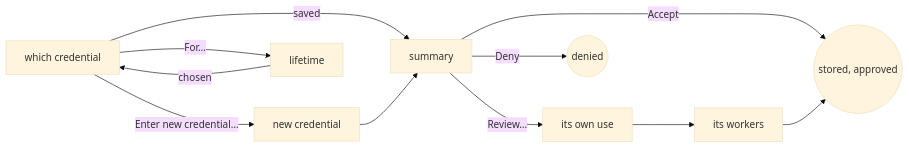
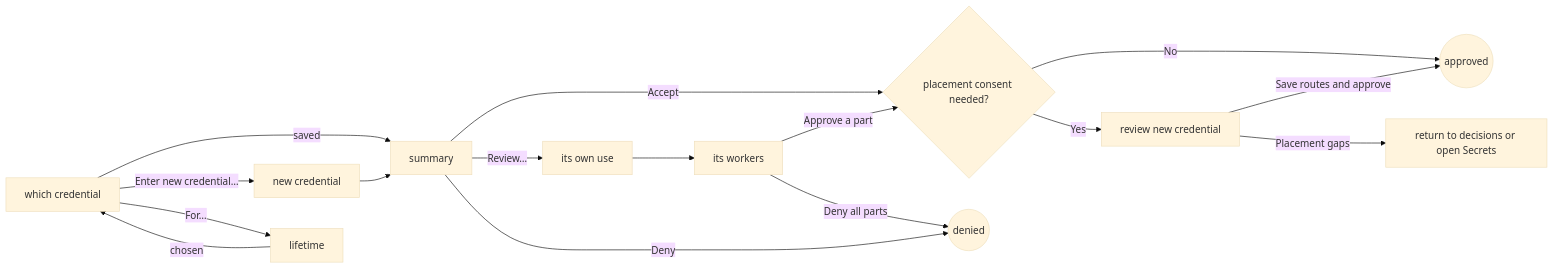
Before and after one commit to discobox-ai/discobox: the fourth of 4 diagrams in cli/internal/tui/DESIGN.md, drawn with Mermaid (base theme). The commit also changed other lines of this file and 2 other files, not shown here.

Commit message:
feat(console): save reviewed credential placements

````diff
--- a/cli/internal/tui/DESIGN.md
+++ b/cli/internal/tui/DESIGN.md
@@ -581,9 +581,14 @@
 ```mermaid
 flowchart LR
   C[which credential] -->|saved| S[summary]
   C -->|Enter new credential…| N[new credential] --> S
   C -->|For…| T[lifetime] -->|chosen| C
-  S -->|Accept| A((stored, approved))
-  S -->|Review…| U[its own use] --> W[its workers] --> A
+  S -->|Accept| D{placement consent needed?}
+  S -->|Review…| U[its own use] --> W[its workers] -->|Approve a part| D
   S -->|Deny| X((denied))
+  W -->|Deny all parts| X
+  D -->|No| A((approved))
+  D -->|Yes| P[review new credential]
+  P -->|Save routes and approve| A
+  P -->|Placement gaps| F[return to decisions or open Secrets]
 ```
````
